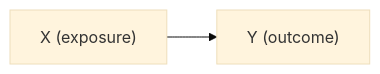
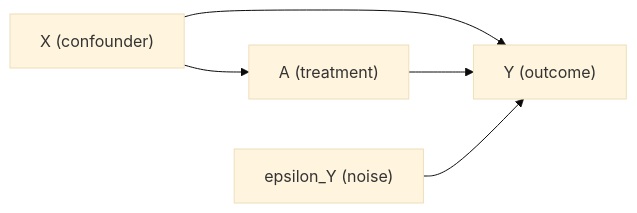
One commit to Statsinference/Statistical-Intelligence-Arena changed the diagram in .github/PULL_REQUEST_TEMPLATE/simulated-dgp.md. Above: the diagram before and after it, drawn with Mermaid (base theme). The commit also changed other lines of this file and 12 other files, not shown here.

````diff
--- a/.github/PULL_REQUEST_TEMPLATE/simulated-dgp.md
+++ b/.github/PULL_REQUEST_TEMPLATE/simulated-dgp.md
@@ -17,4 +17,7 @@
 ```mermaid
 flowchart LR
-    X["X (exposure)"] --> Y["Y (outcome)"]
+    X["X (confounder)"] --> A["A (treatment)"]
+    X --> Y["Y (outcome)"]
+    A --> Y
+    epsilon_Y["epsilon_Y (noise)"] --> Y
 ```
````
